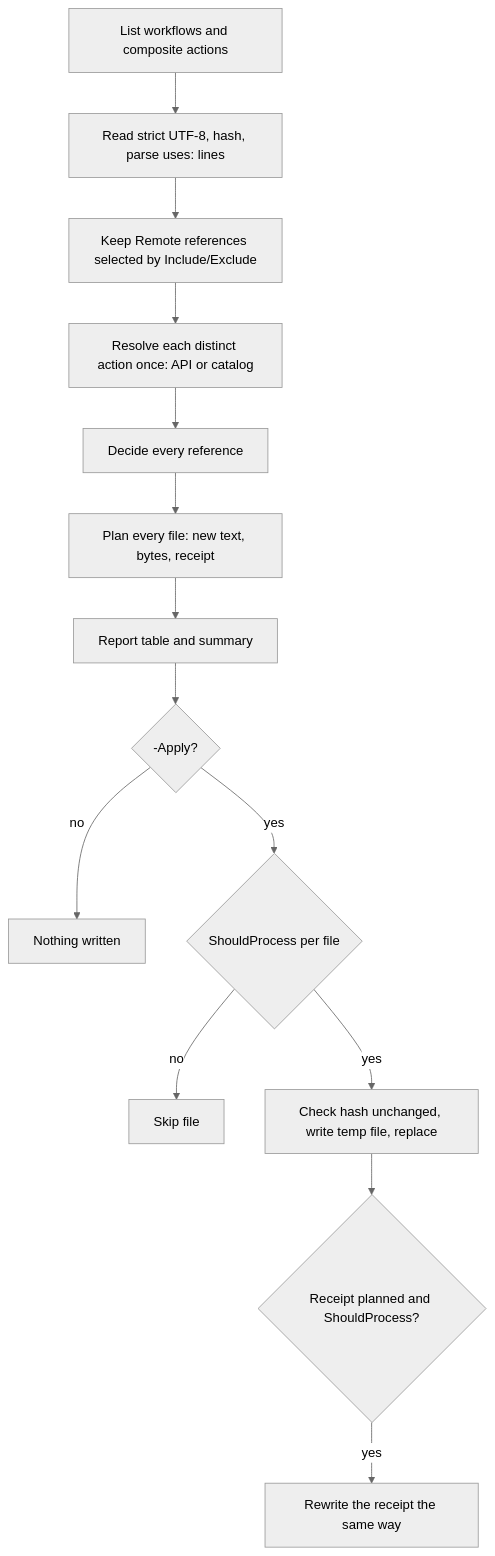
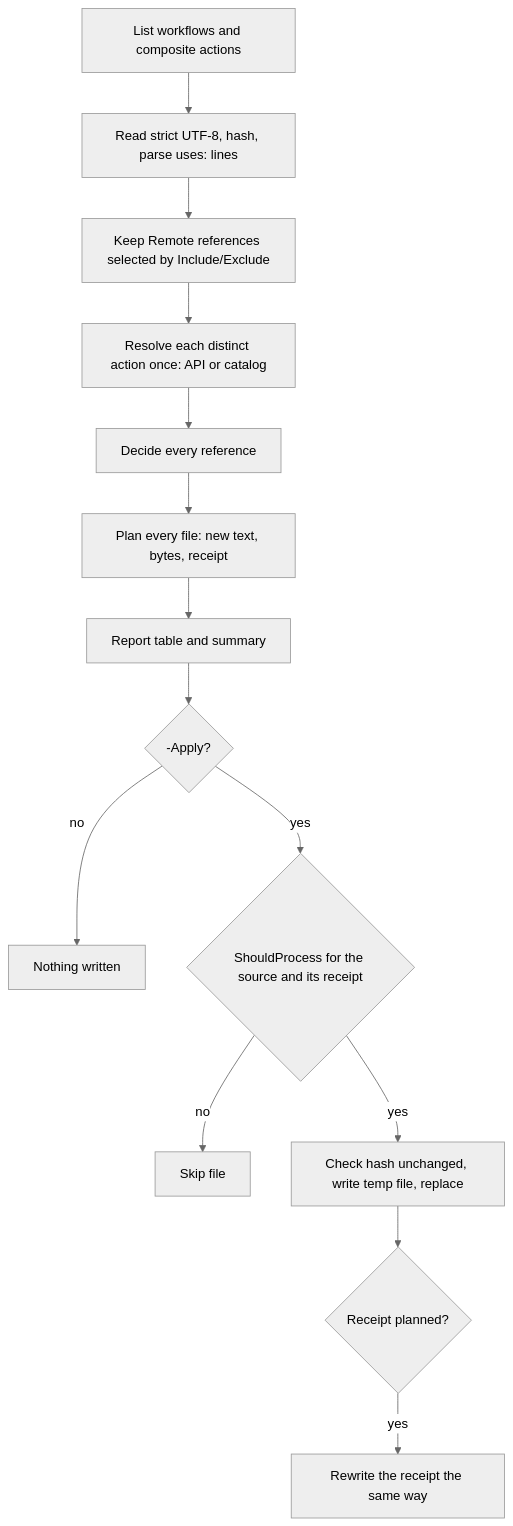
The diagram in docs/scripts/lib/Update-GitHubActions.md (FrenchExDev2/QuietCli.PoSh), drawn with Mermaid (neutral theme) before and after one commit. The commit also changed other lines of this file and 9 other files, not shown here.

````diff
--- a/docs/scripts/lib/Update-GitHubActions.md
+++ b/docs/scripts/lib/Update-GitHubActions.md
@@ -37,16 +37,16 @@
 ```mermaid
 flowchart TD
     F[List workflows and composite actions] --> P[Read strict UTF-8, hash, parse uses: lines]
     P --> S[Keep Remote references selected by Include/Exclude]
     S --> R[Resolve each distinct action once: API or catalog]
     R --> D[Decide every reference]
     D --> L[Plan every file: new text, bytes, receipt]
     L --> T[Report table and summary]
     T --> A{-Apply?}
     A -- no --> N[Nothing written]
-    A -- yes --> Q{ShouldProcess per file}
+    A -- yes --> Q{ShouldProcess for the source and its receipt}
     Q -- no --> K[Skip file]
     Q -- yes --> W[Check hash unchanged, write temp file, replace]
-    W --> C{Receipt planned and ShouldProcess?}
+    W --> C{Receipt planned?}
     C -- yes --> X[Rewrite the receipt the same way]
 ```
````
